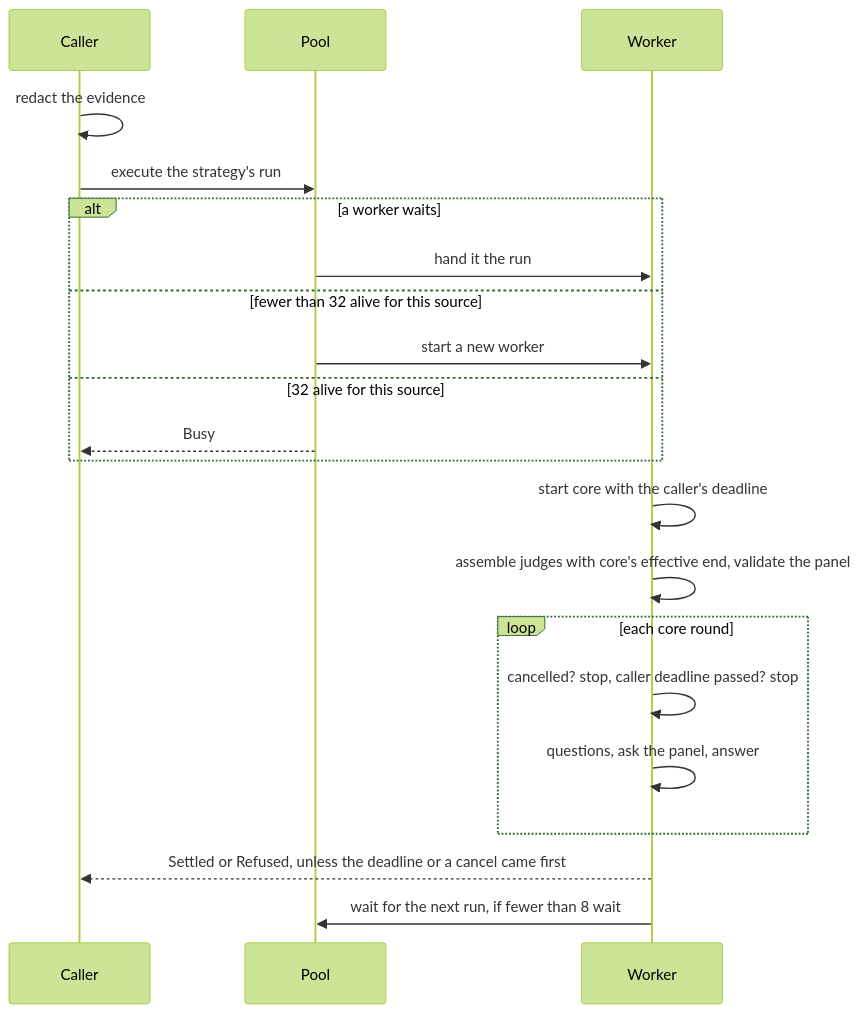
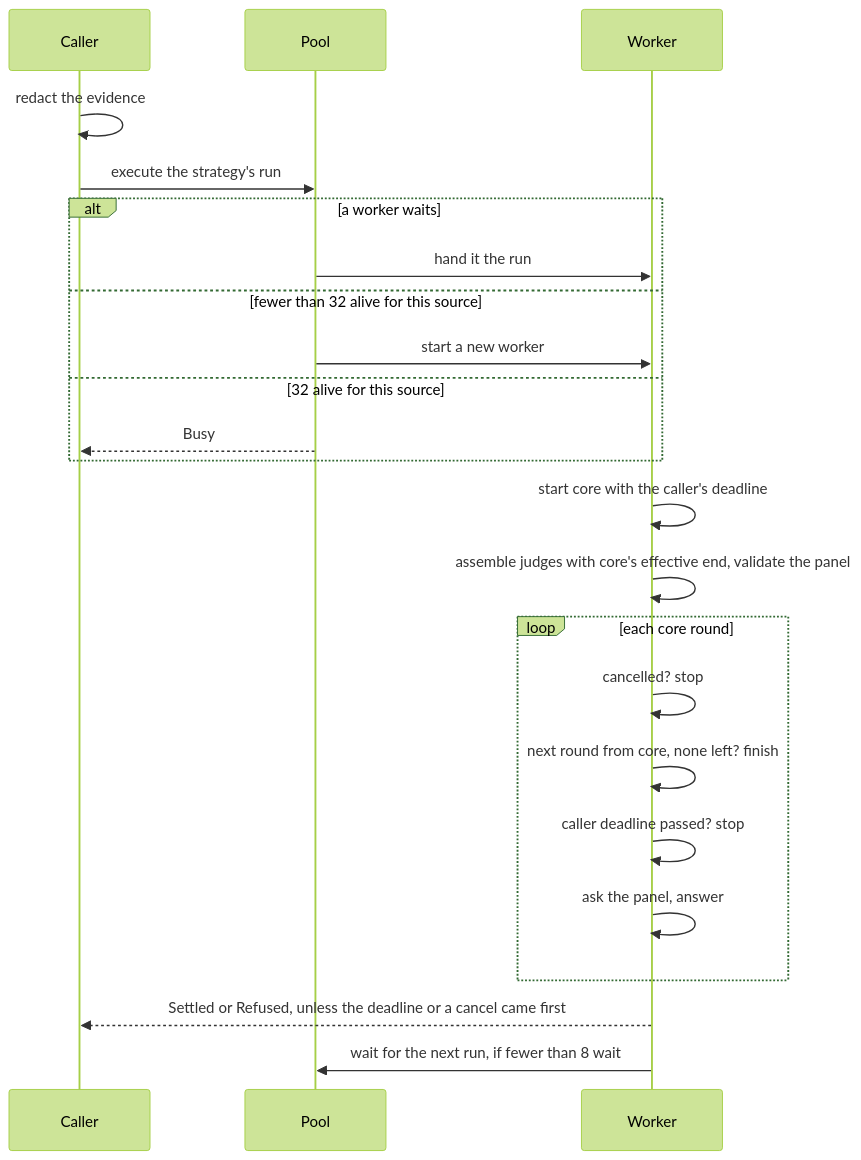
One commit to wrkhse/chauffeur changed the diagram in crates/runtime/src/run/README.md. Above: the diagram before and after it, drawn with Mermaid (forest theme). The commit also changed other lines of this file and 1 other file, not shown here.

First line of the commit message:
fix(runtime): settle a run whose last round answers after the deadline

````diff
--- a/crates/runtime/src/run/README.md
+++ b/crates/runtime/src/run/README.md
@@ -8,23 +8,25 @@
 ```mermaid
 sequenceDiagram
     participant C as Caller
     participant P as Pool
     participant W as Worker
     C->>C: redact the evidence
     C->>P: execute the strategy's run
     alt a worker waits
         P->>W: hand it the run
     else fewer than 32 alive for this source
         P->>W: start a new worker
     else 32 alive for this source
         P-->>C: Busy
     end
     W->>W: start core with the caller's deadline
     W->>W: assemble judges with core's effective end, validate the panel
     loop each core round
-        W->>W: cancelled? stop, caller deadline passed? stop
-        W->>W: questions, ask the panel, answer
+        W->>W: cancelled? stop
+        W->>W: next round from core, none left? finish
+        W->>W: caller deadline passed? stop
+        W->>W: ask the panel, answer
     end
     W-->>C: Settled or Refused, unless the deadline or a cancel came first
     W->>P: wait for the next run, if fewer than 8 wait
 ```
````
